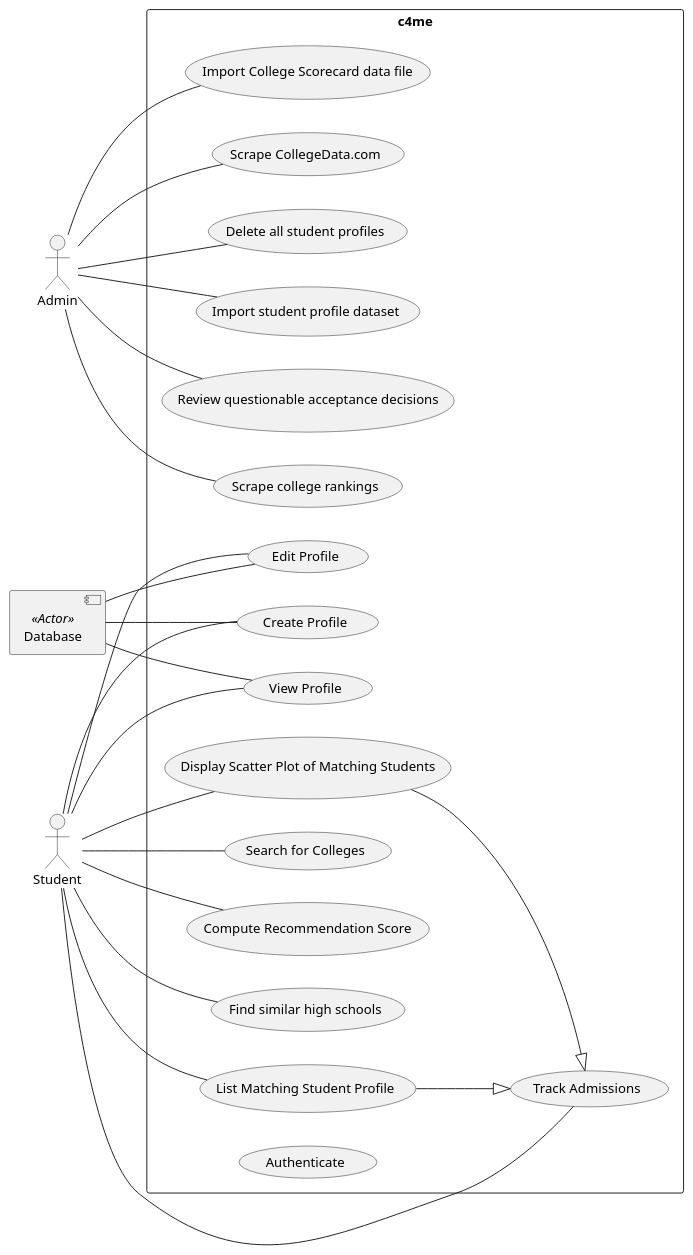
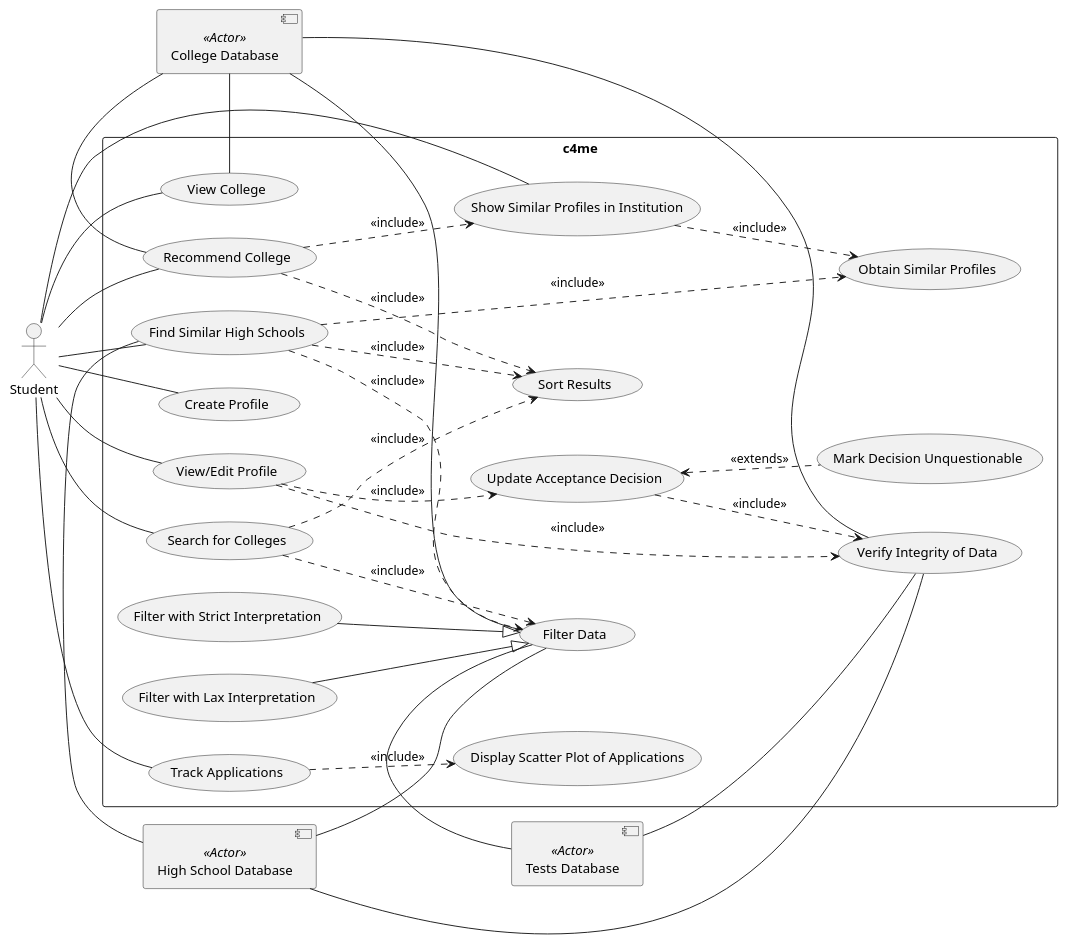
The diagram in c4me.wsd (Omarfos/CSE416), drawn with PlantUML before and after one commit. The commit also changed 1 other file, not shown here.

Commit message:
Final Diagram Logic

```diff
--- a/c4me.wsd
+++ b/c4me.wsd
@@ -1,81 +1,126 @@
 @startuml
 scale 1
 left to right direction
 
 ' Actors
 actor Student
-actor Admin
+' actor Admin
 ' Not sure about these external actors, I think they're going to be internal
-component "Database" <<Actor>> as db
-' component "High School Database" <<Actor>> as hsdb
-' component "College Database" <<Actor>> as cdb
+component "Tests Database" <<Actor>> as tdb
+component "High School Database" <<Actor>> as hsdb
+component "College Database" <<Actor>> as cdb
+
+skinparam UsecaseStereotypeFontColor red
+
+
+
 
 rectangle c4me {
     ' Use cases for Student
     (Create Profile) as UC1
-    (View Profile) as UC2
-    (Edit Profile) as UC3
-    (Search for Colleges) as UC4
-    (Compute Recommendation Score) as UC5
-    (Find similar high schools) as UC6
-    (Track Admissions) as UC7
-    (List Matching Student Profile) as UC8
-    (Display Scatter Plot of Matching Students) as UC9
+    (View/Edit Profile) as UC2
+    (Update Acceptance Decision) as UC3
+    (Verify Integrity of Data) as UC4
+    (Filter Data) as UC5
+    (Filter with Strict Interpretation) as UC6
+    (Filter with Lax Interpretation) as UC7
+    (Sort Results) as UC8
+    (View College) as UC9
+    (Search for Colleges) as UC10
+    (Recommend College) as UC11
+    (Show Similar Profiles in Institution) as UC12
+    (Obtain Similar Profiles) as UC13
+    (Find Similar High Schools) as UC14
+    (Track Applications) as UC15
+    (Display Scatter Plot of Applications) as UC16
+    (Mark Decision Unquestionable) as UC17
+
+    ' Student Relationships
+    Student -- UC1
+    Student -- UC2
+    Student -- UC9
+    Student -- UC10
+    Student -- UC11
+    Student -- UC12
+    Student -- UC14
+    Student -- UC15
+
+     'Generalizations 
+    UC2 ..> UC3 : <<include>>
+    UC2 ..> UC4 : <<include>>
+    UC3 <.. UC17 : <<extends>>
+    UC10 ..> UC5 : <<include>>
+    UC3 ..> UC4 : <<include>>
+    UC10 ..> UC8 : <<include>>
+    UC11 ..> UC12 : <<include>>
+    UC11 ..> UC8 : <<include>>
+    UC12 ..> UC13 : <<include>>
+    UC14 ..> UC13 : <<include>>
+    UC14 ..> UC5 : <<include>>
+    UC14 ..> UC8 : <<include>>
+    UC15 ..> UC16 : <<include>>
+
+    
+    UC6 --|> UC5 
+    UC7 --|> UC5
+    
+    cdb -- UC4
+    tdb -- UC4
+    hsdb -- UC4
+
+    cdb - UC5
+    tdb - UC5
+    hsdb - UC5
+
+    cdb - UC9
+    cdb - UC11
+
+    hsdb - UC14
+
+
 
     ' Use cases for Admin
-    (Scrape college rankings) as UCA1
-    (Import College Scorecard data file) as UCA2
-    (Scrape CollegeData.com) as UCA3
-    (Delete all student profiles) as UCA4
-    (Import student profile dataset) as UCA5
-    (Review questionable acceptance decisions) as UCA6
+    ' (Scrape college rankings) as UCA1
+    ' (Import College Scorecard data file) as UCA2
+    ' (Scrape CollegeData.com) as UCA3
+    ' (Delete all student profiles) as UCA4
+    ' (Import student profile dataset) as UCA5
+    ' (Review questionable acceptance decisions) as UCA6
+    
 
-    ' Misc Use Cases
-    (Authenticate) as Auth
+    ' Use cases for database
+    ' UCD2 --|> UCD1
+    ' UCD3 --|> UCD1
+
+
+    ' ' Misc Use Cases
+    ' (Authenticate) as Auth
     ' UC2 .> Auth : <<include>>
     ' UC3 .> Auth : <<include>>
     ' UC4 .> Auth : <<include>>
     ' UC5 .> Auth : <<include>>
     ' UC6 .> Auth : <<include>>
     ' UC7 .> Auth : <<include>>
     ' UC8 .> Auth : <<include>>
     ' UC9 .> Auth : <<include>>
-    ' UCA1 .> Auth : <<include>>
-    ' UCA2 .> Auth : <<include>>
-    ' UCA3 .> Auth : <<include>>
-    ' UCA4 .> Auth : <<include>>
-    ' UCA5 .> Auth : <<include>>
-    ' UCA6 .> Auth : <<include>>
 
 
-    ' Student Relationships
-    Student -- UC1
-    Student -- UC2
-    Student -- UC3
-    Student -- UC4
-    Student -- UC5
-    Student -- UC6
-    Student -- UC7
-    Student -- UC8
-    Student -- UC9
+
 
     'Admin Relationships
-    Admin -- UCA1
-    Admin -- UCA2
-    Admin -- UCA3
-    Admin -- UCA4
-    Admin -- UCA5
-    Admin -- UCA6
+    ' Admin -- UCA1
+    ' Admin -- UCA2
+    ' Admin -- UCA3
+    ' Admin -- UCA4
+    ' Admin -- UCA5
+    ' Admin -- UCA6
 
     'Database Relationships 
-    db -- UC1
-    db -- UC2
-    db -- UC3
-
-
-    'Generalizations 
-    UC8 --|> UC7
-    UC9 --|> UC7
+    ' db -- UC1
+    ' db -- UC2
+    ' db -- UCD1
+    ' db -- UCD2
+    ' db -- UCD3
 }
 
 @enduml
```
